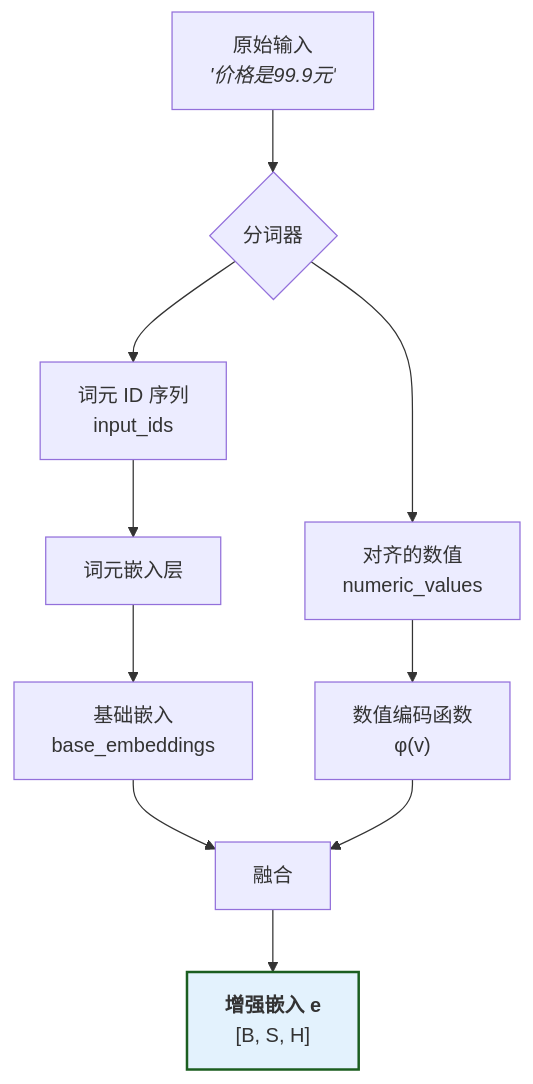
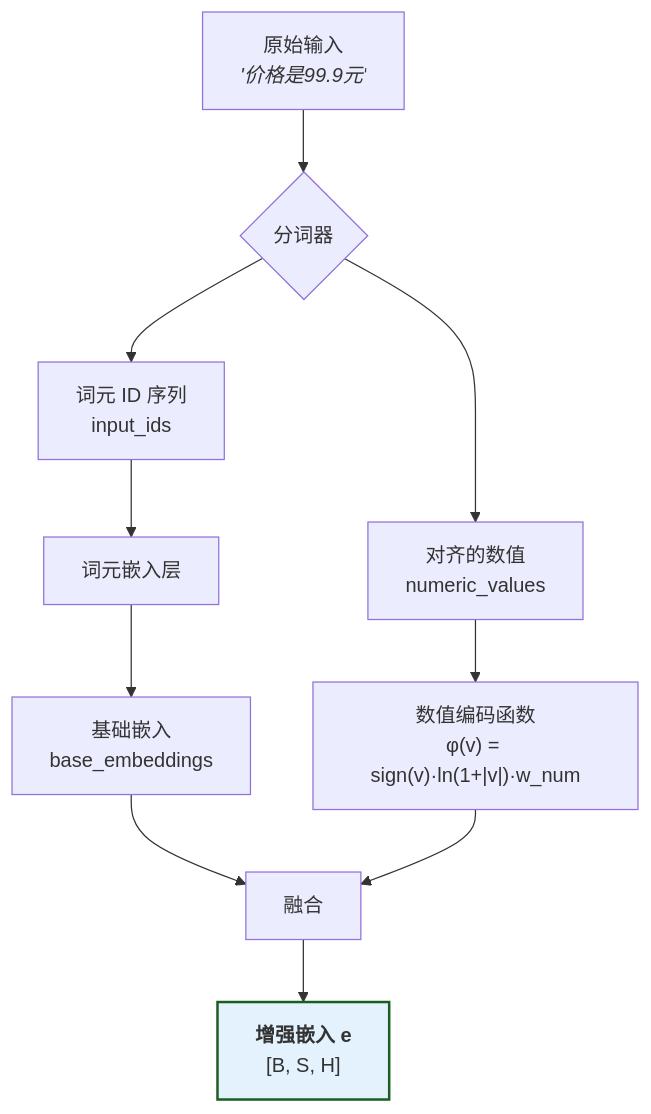
Before and after one commit to 1587causalai/CausalQwen: the second of 9 diagrams in docs/mathematical_foundations.md, drawn with Mermaid. The commit also changed other lines of this file and 6 other files, not shown here.

````diff
--- a/docs/mathematical_foundations.md
+++ b/docs/mathematical_foundations.md
@@ -439,16 +400,16 @@
 ```mermaid
 graph TD
     A["原始输入<br><i>'价格是99.9元'</i>"] --> B{"分词器"};
     B --> C["词元 ID 序列<br>input_ids"];
     B --> D["对齐的数值<br>numeric_values"];
     
     C --> E["词元嵌入层"];
     E --> F["基础嵌入<br>base_embeddings"];
     
-    D --> G["数值编码函数<br>φ(v)"];
+    D --> G["数值编码函数<br>φ(v) = sign(v)·ln(1+|v|)·w_num"];
     
     F & G --> H["融合"];
     H --> I["<b>增强嵌入 e</b><br>[B, S, H]"];
 
     style I fill:#e3f2fd,stroke:#1b5e20,stroke-width:2px
 ```
````
